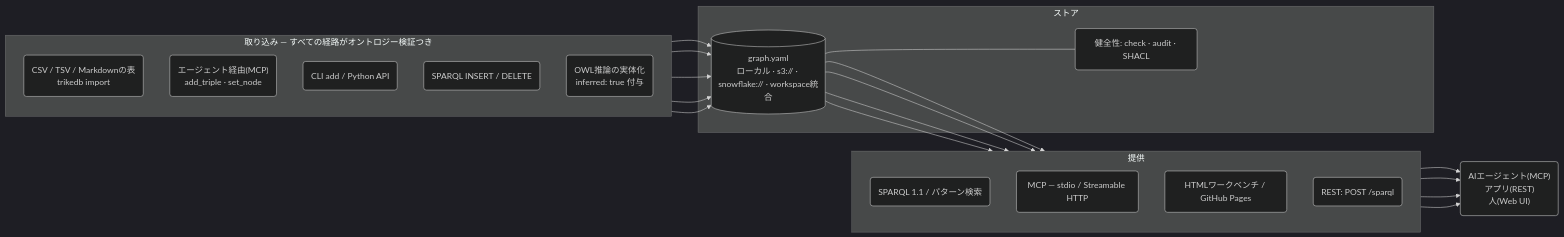
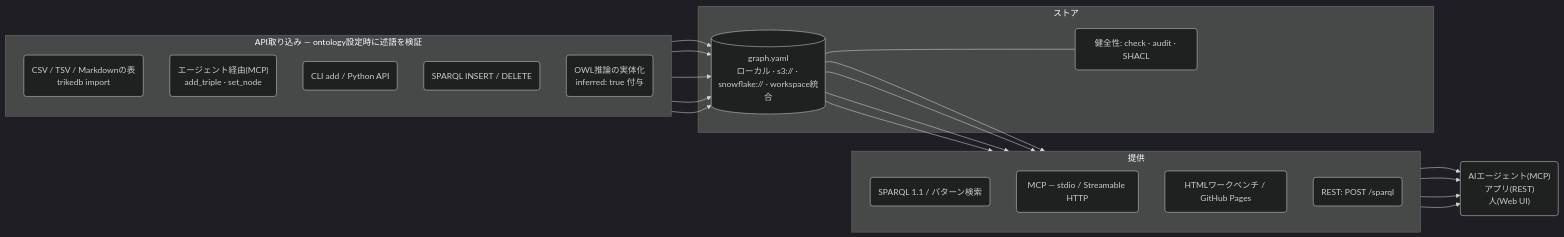
One commit to RyutoYoda/trikedb changed the first of 2 diagrams in docs/REFERENCE_jp.md. Above: the diagram before and after it, drawn with Mermaid (dark theme). The commit also changed other lines of this file and 56 other files, not shown here.

````diff
--- a/docs/REFERENCE_jp.md
+++ b/docs/REFERENCE_jp.md
@@ -9,41 +19,41 @@
 ```mermaid
 flowchart LR
-    subgraph ingest["取り込み — すべての経路がオントロジー検証つき"]
+    subgraph ingest["API取り込み — ontology設定時に述語を検証"]
         direction TB
         I1("CSV / TSV / Markdownの表<br/>trikedb import")
         I2("エージェント経由(MCP)<br/>add_triple · set_node")
         I3("CLI add / Python API")
         I4("SPARQL INSERT / DELETE")
         I5("OWL推論の実体化<br/>inferred: true 付与")
     end
 
     subgraph store["ストア"]
         Y[("graph.yaml<br/>ローカル · s3:// · snowflake:// · workspace統合")]
         H("健全性: check · audit · SHACL")
     end
 
     subgraph serve["提供"]
         direction TB
         S1("SPARQL 1.1 / パターン検索")
         S2("MCP — stdio / Streamable HTTP")
         S3("HTMLワークベンチ / GitHub Pages")
         S4("REST: POST /sparql")
     end
 
     C("AIエージェント(MCP)<br/>アプリ(REST)<br/>人(Web UI)")
 
     I1 --> Y
     I2 --> Y
     I3 --> Y
     I4 --> Y
     I5 --> Y
     Y --- H
     Y --> S1
     Y --> S2
     Y --> S3
     Y --> S4
     S1 --> C
     S2 --> C
     S3 --> C
     S4 --> C
 ```
````
